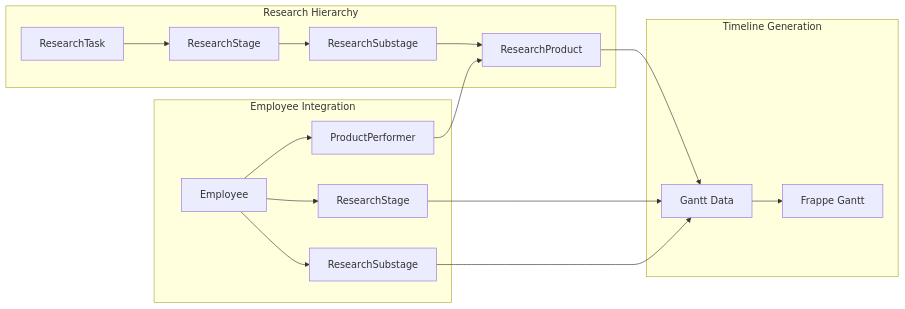
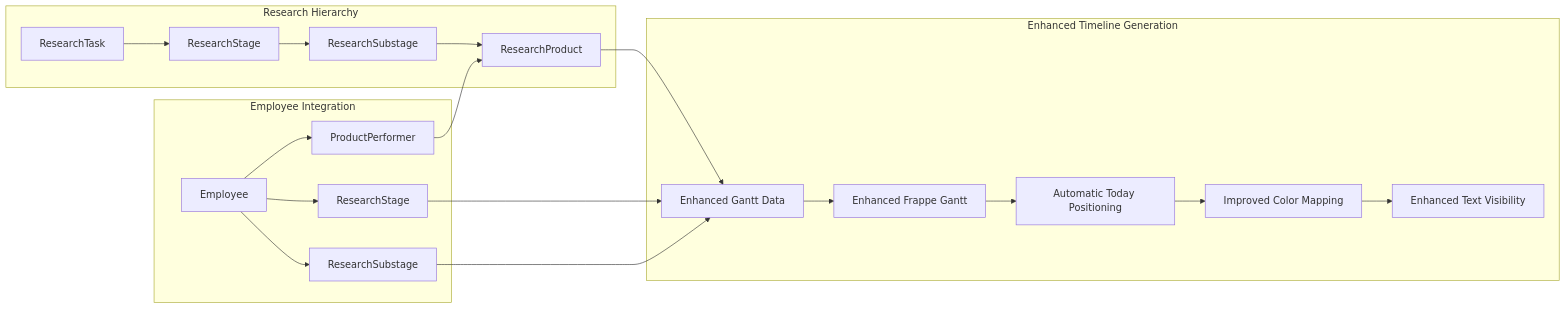
The sixth of 7 diagrams in .qoder/repowiki/en/content/Employee and Organization Management/Employee Detail Page with Gantt Chart.md (Pavel9474/task_manager), drawn with Mermaid before and after one commit. The commit also changed other lines of this file and 11 other files, not shown here.

Commit message:
bars are added gantt correct, popup windows works

````diff
--- a/.qoder/repowiki/en/content/Employee and Organization Management/Employee Detail Page with Gantt Chart.md
+++ b/.qoder/repowiki/en/content/Employee and Organization Management/Employee Detail Page with Gantt Chart.md
@@ -245,20 +265,23 @@
 ```mermaid
 graph LR
 subgraph "Research Hierarchy"
 A[ResearchTask] --> B[ResearchStage]
 B --> C[ResearchSubstage]
 C --> D[ResearchProduct]
 end
 subgraph "Employee Integration"
 E[Employee] --> F[ProductPerformer]
 F --> D
 E --> G[ResearchStage]
 E --> H[ResearchSubstage]
 end
-subgraph "Timeline Generation"
-D --> I[Gantt Data]
+subgraph "Enhanced Timeline Generation"
+D --> I[Enhanced Gantt Data]
 G --> I
 H --> I
-I --> J[Frappe Gantt]
+I --> J[Enhanced Frappe Gantt]
+J --> K[Automatic Today Positioning]
+K --> L[Improved Color Mapping]
+L --> M[Enhanced Text Visibility]
 end
 ```
````
